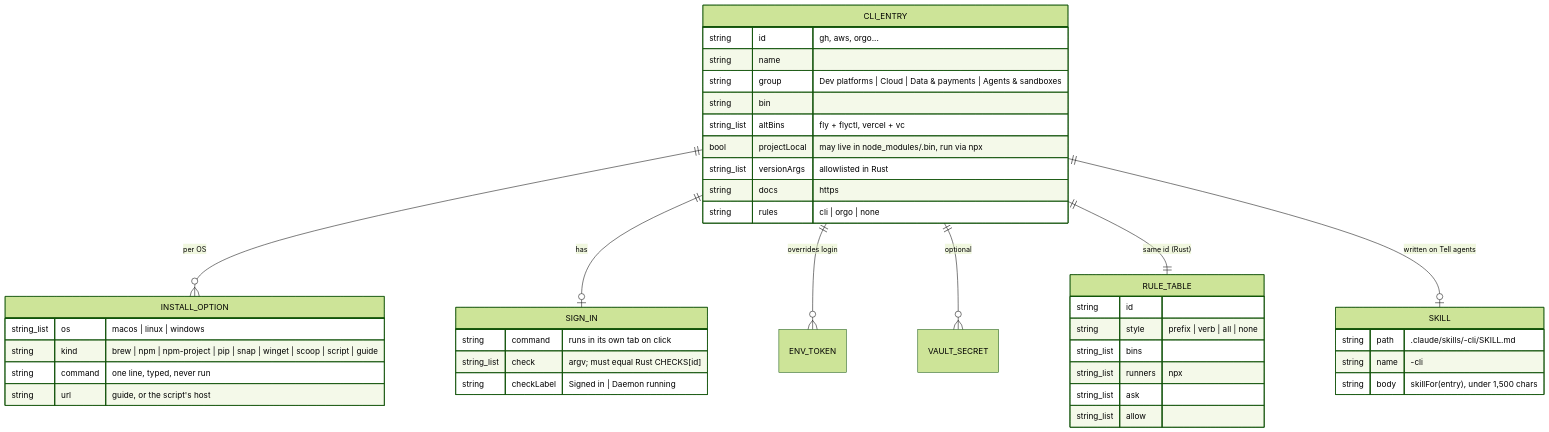
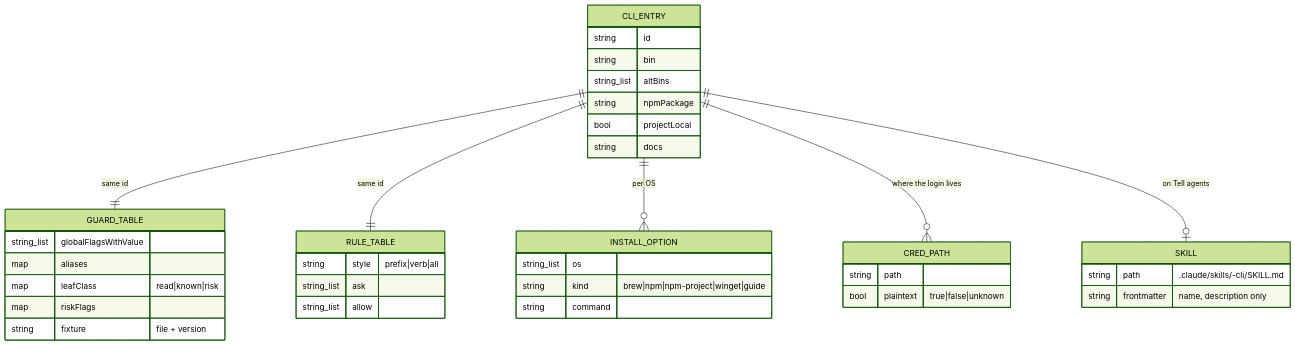
The second of 3 diagrams in _bmad-output/plan-cli-library-and-mcps.md (alvin-reyes/better-agentic-ide), drawn with Mermaid (forest theme) before and after one commit. The commit also changed other lines of this file, not shown here.

Commit message:
Plan: narrow CLI library v1 to four CLIs behind a command guard (review round 1)

````diff
--- a/_bmad-output/plan-cli-library-and-mcps.md
+++ b/_bmad-output/plan-cli-library-and-mcps.md
@@ -218,44 +361,14 @@
 ```mermaid
 erDiagram
+  CLI_ENTRY ||--|| GUARD_TABLE : "same id"
+  CLI_ENTRY ||--|| RULE_TABLE : "same id"
   CLI_ENTRY ||--o{ INSTALL_OPTION : "per OS"
-  CLI_ENTRY ||--o| SIGN_IN : has
-  CLI_ENTRY ||--o{ ENV_TOKEN : "overrides login"
-  CLI_ENTRY ||--o{ VAULT_SECRET : "optional"
-  CLI_ENTRY ||--|| RULE_TABLE : "same id (Rust)"
-  CLI_ENTRY ||--o| SKILL : "written on Tell agents"
-  CLI_ENTRY {
-    string id "gh, aws, orgo..."
-    string name
-    string group "Dev platforms | Cloud | Data & payments | Agents & sandboxes"
-    string bin
-    string_list altBins "fly + flyctl, vercel + vc"
-    bool projectLocal "may live in node_modules/.bin, run via npx"
-    string_list versionArgs "allowlisted in Rust"
-    string docs "https"
-    string rules "cli | orgo | none"
-  }
-  INSTALL_OPTION {
-    string_list os "macos | linux | windows"
-    string kind "brew | npm | npm-project | pip | snap | winget | scoop | script | guide"
-    string command "one line, typed, never run"
-    string url "guide, or the script's host"
-  }
-  SIGN_IN {
-    string command "runs in its own tab on click"
-    string_list check "argv; must equal Rust CHECKS[id]"
-    string checkLabel "Signed in | Daemon running"
-  }
-  RULE_TABLE {
-    string id
-    string style "prefix | verb | all | none"
-    string_list bins
-    string_list runners "npx"
-    string_list ask
-    string_list allow
-  }
-  SKILL {
-    string path ".claude/skills/<id>-cli/SKILL.md"
-    string name "<id>-cli"
-    string body "skillFor(entry), under 1,500 chars"
-  }
+  CLI_ENTRY ||--o{ CRED_PATH : "where the login lives"
+  CLI_ENTRY ||--o| SKILL : "on Tell agents"
+  CLI_ENTRY { string id string bin string_list altBins string npmPackage bool projectLocal string docs }
+  GUARD_TABLE { string_list globalFlagsWithValue map aliases map leafClass "read|known|risk" map riskFlags string fixture "file + version" }
+  RULE_TABLE { string style "prefix|verb|all" string_list ask string_list allow }
+  CRED_PATH { string path bool plaintext "true|false|unknown" }
+  INSTALL_OPTION { string_list os string kind "brew|npm|npm-project|winget|guide" string command }
+  SKILL { string path ".claude/skills/<id>-cli/SKILL.md" string frontmatter "name, description only" }
 ```
````
